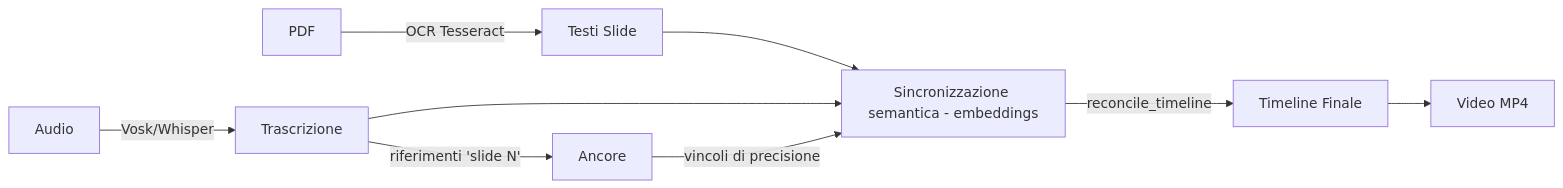
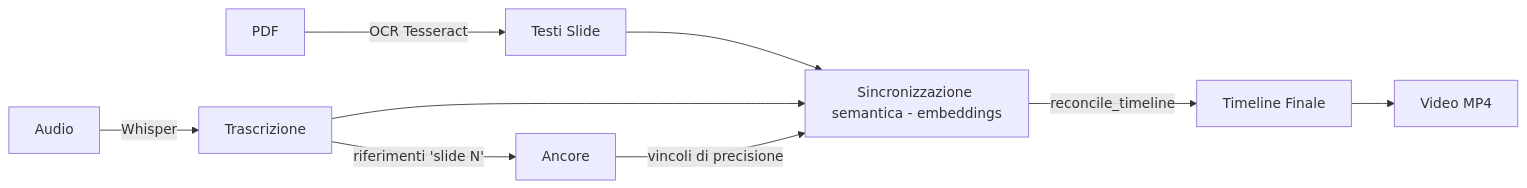
The diagram in README.md (riefolog-cyber/sync-video), drawn with Mermaid before and after one commit. The commit also changed other lines of this file and 21 other files, not shown here.

First line of the commit message:
feat(transcription): migrate fully from Vosk to Whisper/OpenVINO

````diff
--- a/README.md
+++ b/README.md
@@ -9,11 +9,11 @@
 ```mermaid
 graph LR
     A[PDF] -->|OCR Tesseract| B[Testi Slide]
-    C[Audio] -->|Vosk/Whisper| D[Trascrizione]
+    C[Audio] -->|Whisper| D[Trascrizione]
     D -->|riferimenti 'slide N'| E[Ancore]
     B --> F[Sincronizzazione semantica - embeddings]
     D --> F
     E -->|vincoli di precisione| F
     F -->|reconcile_timeline| G[Timeline Finale]
     G --> H[Video MP4]
 ```
````
